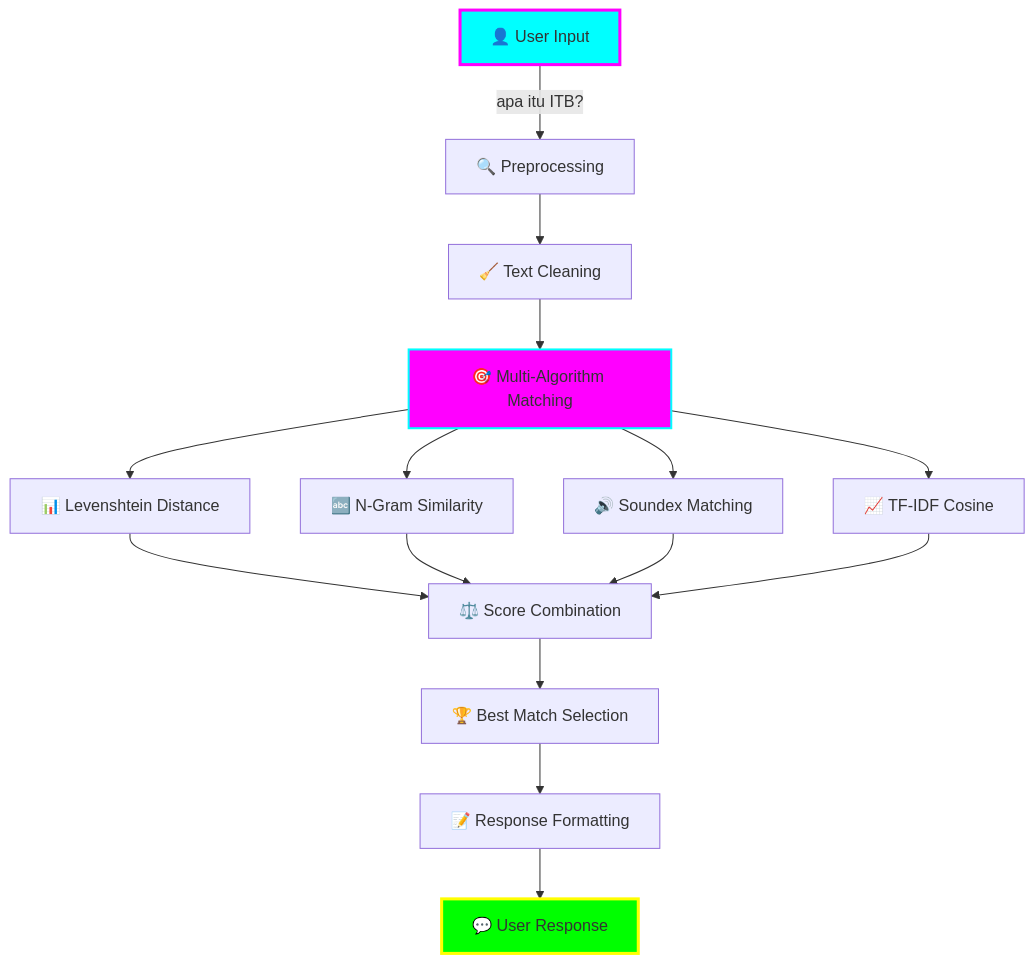
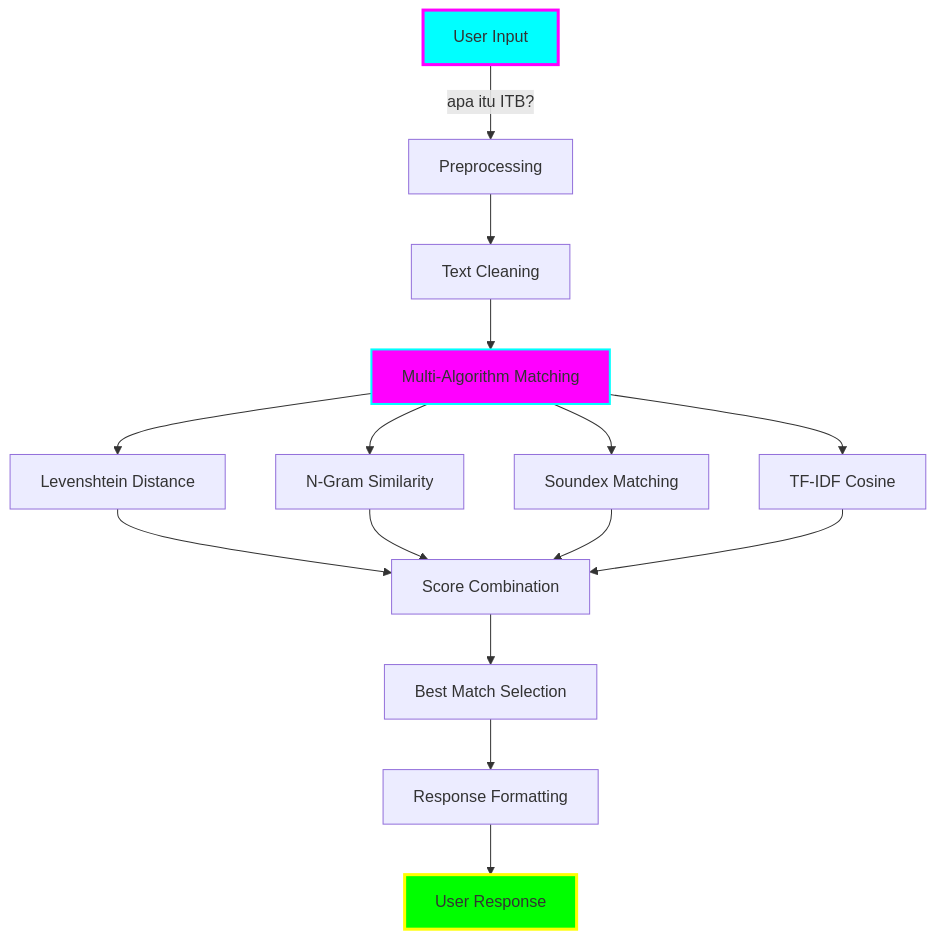
One commit to rlukassa/Makalah_Chatbot changed the diagram in README.md. Above: the diagram before and after it, drawn with Mermaid. The commit also changed other lines of this file, not shown here.

````diff
--- a/README.md
+++ b/README.md
@@ -226,24 +226,24 @@
 ```mermaid
 flowchart TD
-    A[👤 User Input] -->|"apa itu ITB?"| B[🔍 Preprocessing]
-    B --> C[🧹 Text Cleaning]
-    C --> D[🎯 Multi-Algorithm Matching]
+    A[User Input] -->|"apa itu ITB?"| B[Preprocessing]
+    B --> C[Text Cleaning]
+    C --> D[Multi-Algorithm Matching]
     
-    D --> E[📊 Levenshtein Distance]
-    D --> F[🔤 N-Gram Similarity] 
-    D --> G[🔊 Soundex Matching]
-    D --> H[📈 TF-IDF Cosine]
+    D --> E[Levenshtein Distance]
+    D --> F[N-Gram Similarity] 
+    D --> G[Soundex Matching]
+    D --> H[TF-IDF Cosine]
     
-    E --> I[⚖️ Score Combination]
+    E --> I[Score Combination]
     F --> I
     G --> I  
     H --> I
     
-    I --> J[🏆 Best Match Selection]
-    J --> K[📝 Response Formatting]
-    K --> L[💬 User Response]
+    I --> J[Best Match Selection]
+    J --> K[Response Formatting]
+    K --> L[User Response]
     
     style A fill:#00ffff,stroke:#ff00ff,stroke-width:3px
     style L fill:#00ff00,stroke:#ffff00,stroke-width:3px
     style D fill:#ff00ff,stroke:#00ffff,stroke-width:2px
 ```
````
